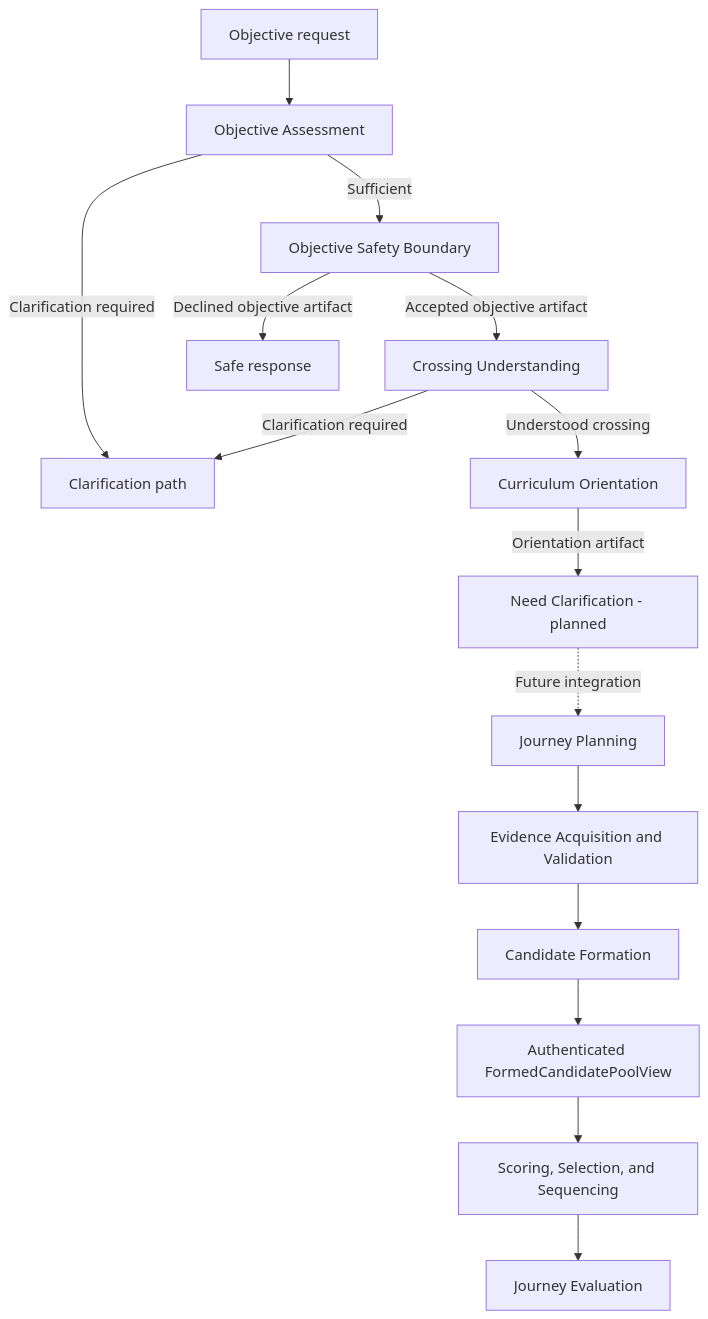
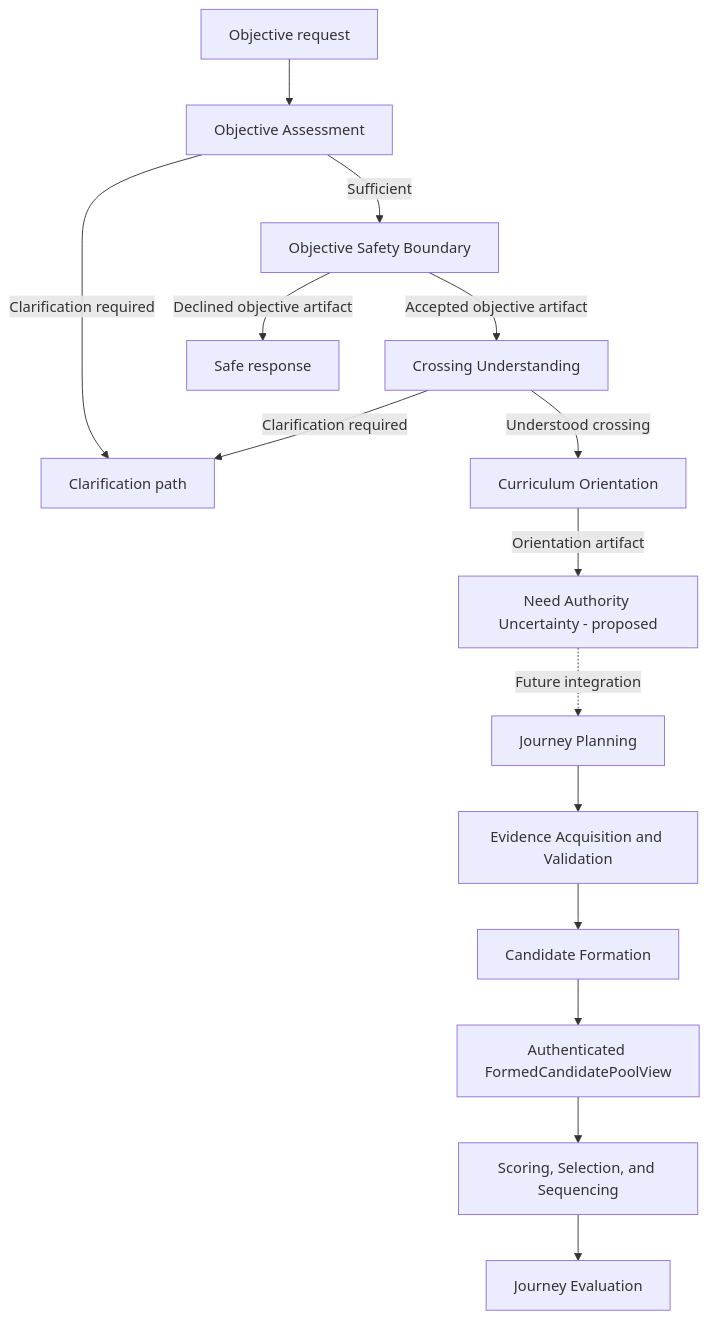
One commit to kevin7773/PlaylistNarrative changed the diagram in docs/architecture.md. Above: the diagram before and after it, drawn with Mermaid. The commit also changed other lines of this file and 5 other files, not shown here.

Commit message:
docs: define need authority prerequisites

````diff
--- a/docs/architecture.md
+++ b/docs/architecture.md
@@ -53,17 +53,17 @@
 ```mermaid
 flowchart TD
     A["Objective request"] --> B["Objective Assessment"]
     B -->|"Clarification required"| C["Clarification path"]
     B -->|"Sufficient"| D["Objective Safety Boundary"]
     D -->|"Accepted objective artifact"| CU["Crossing Understanding"]
     D -->|"Declined objective artifact"| F["Safe response"]
     CU -->|"Understood crossing"| O["Curriculum Orientation"]
     CU -->|"Clarification required"| C
-    O -->|"Orientation artifact"| N["Need Clarification - planned"]
+    O -->|"Orientation artifact"| N["Need Authority Uncertainty - proposed"]
     N -.->|"Future integration"| E["Journey Planning"]
     E --> G["Evidence Acquisition and Validation"]
     G --> J["Candidate Formation"]
     J --> K["Authenticated FormedCandidatePoolView"]
     K --> H["Scoring, Selection, and Sequencing"]
     H --> I["Journey Evaluation"]
 ```
````
